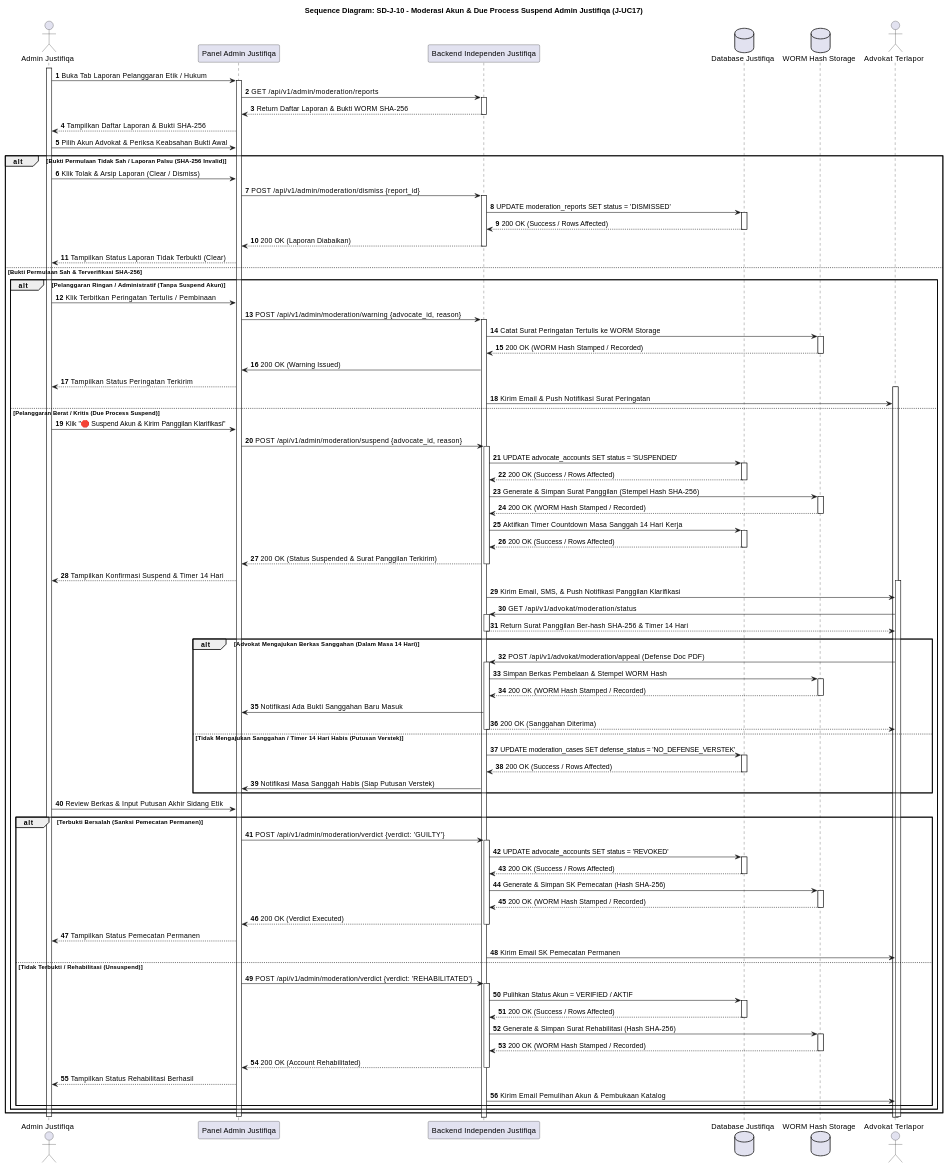
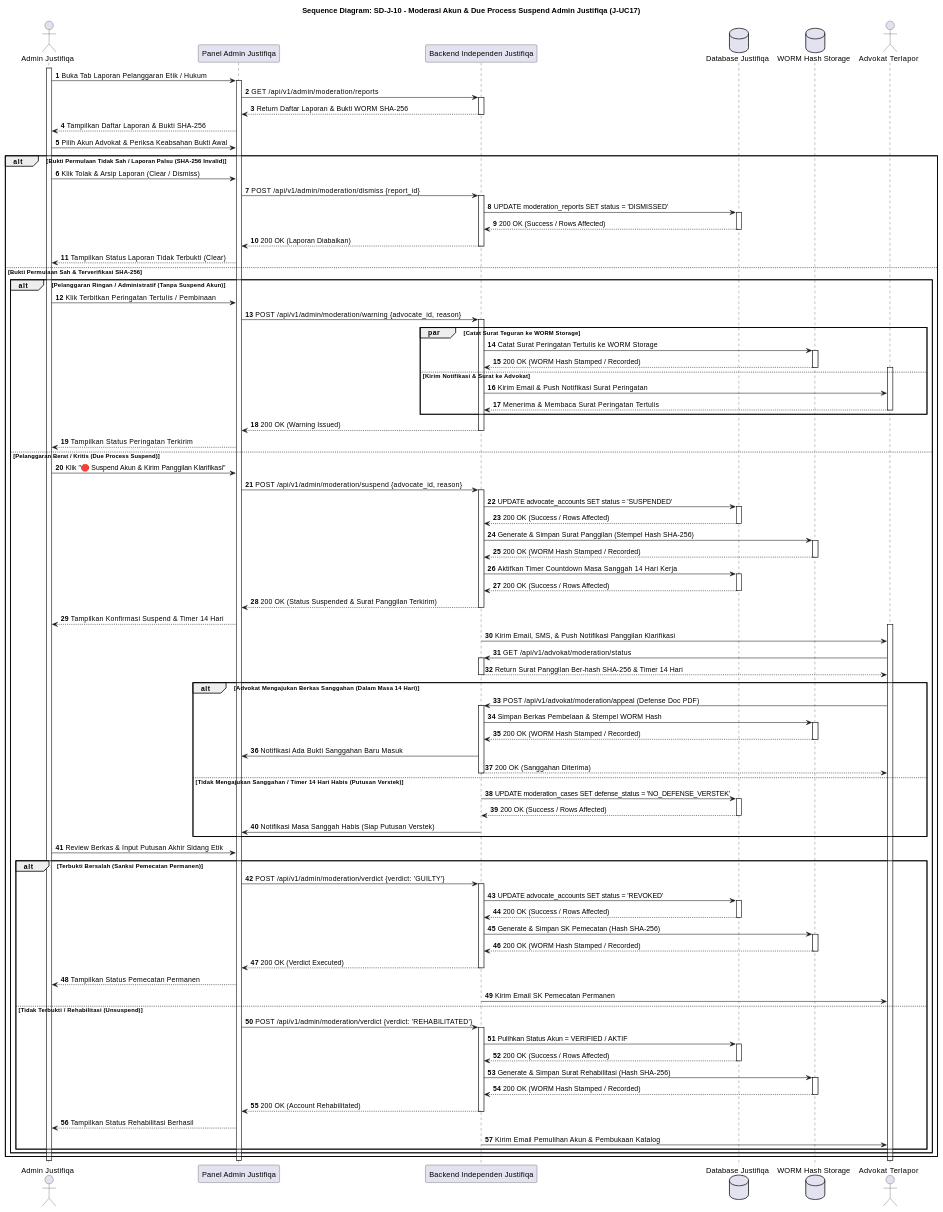
Before and after one commit to tupperwureism/SuperApp-Gagal: the tenth of 28 diagrams in MarkDown/plantuml_sequence_diagrams.md, drawn with PlantUML. The commit also changed 1 other file, not shown here.

Commit message:
refactor(moderation): use fork/par concurrency for warning letter WORM logging and notification in AD-J-10 and SD-J-10

```diff
--- a/MarkDown/plantuml_sequence_diagrams.md
+++ b/MarkDown/plantuml_sequence_diagrams.md
@@ -571,12 +571,17 @@
     alt Pelanggaran Ringan / Administratif (Tanpa Suspend Akun)
         Admin -> FE : Klik Terbitkan Peringatan Tertulis / Pembinaan
         FE -> BE ++ : POST /api/v1/admin/moderation/warning {advocate_id, reason}
-        BE -> WORM ++ : Catat Surat Peringatan Tertulis ke WORM Storage
-        WORM --> BE -- : 200 OK (WORM Hash Stamped / Recorded)
-        BE -> FE : 200 OK (Warning Issued)
+        par Catat Surat Teguran ke WORM Storage
+            BE -> WORM ++ : Catat Surat Peringatan Tertulis ke WORM Storage
+            WORM --> BE -- : 200 OK (WORM Hash Stamped / Recorded)
+        else Kirim Notifikasi & Surat ke Advokat
+            activate Mitra
+            BE -> Mitra : Kirim Email & Push Notifikasi Surat Peringatan
+            Mitra --> BE : Menerima & Membaca Surat Peringatan Tertulis
+            deactivate Mitra
+        end
+        BE --> FE -- : 200 OK (Warning Issued)
         FE --> Admin : Tampilkan Status Peringatan Terkirim
-        activate Mitra
-        BE -> Mitra : Kirim Email & Push Notifikasi Surat Peringatan
     else Pelanggaran Berat / Kritis (Due Process Suspend)
         Admin -> FE : Klik "🛑 Suspend Akun & Kirim Panggilan Klarifikasi"
         FE -> BE ++ : POST /api/v1/admin/moderation/suspend {advocate_id, reason}
```
